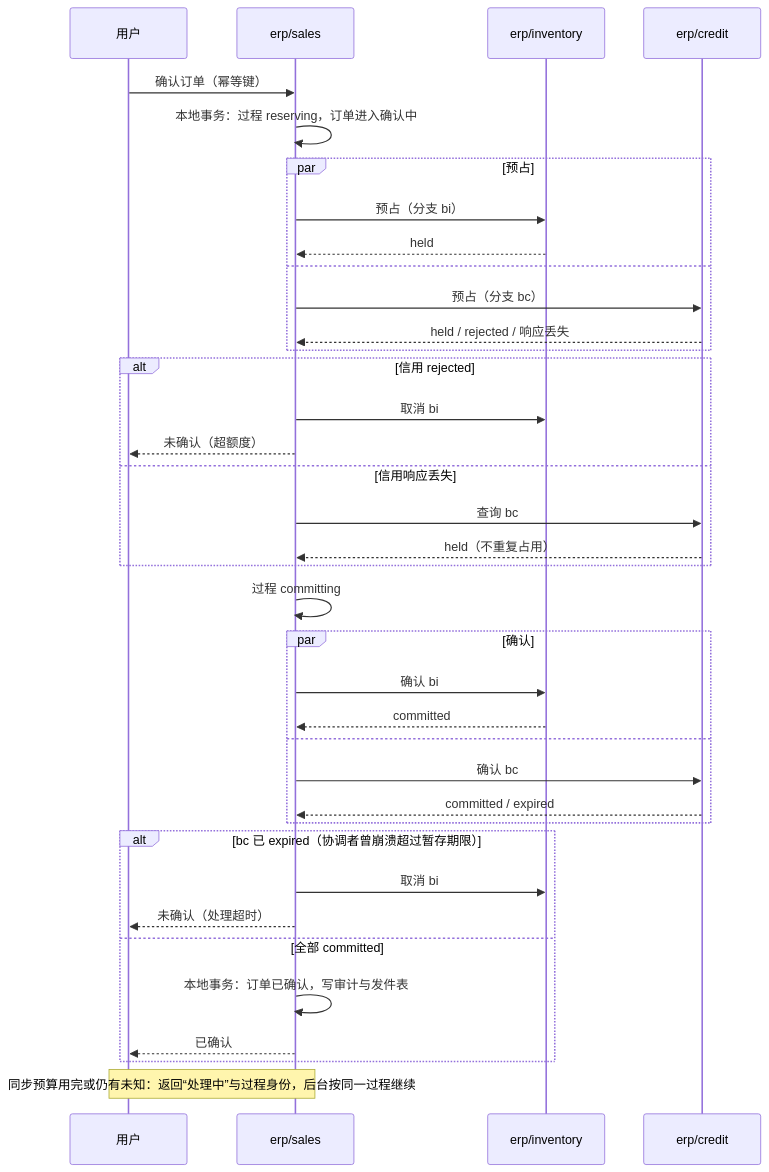
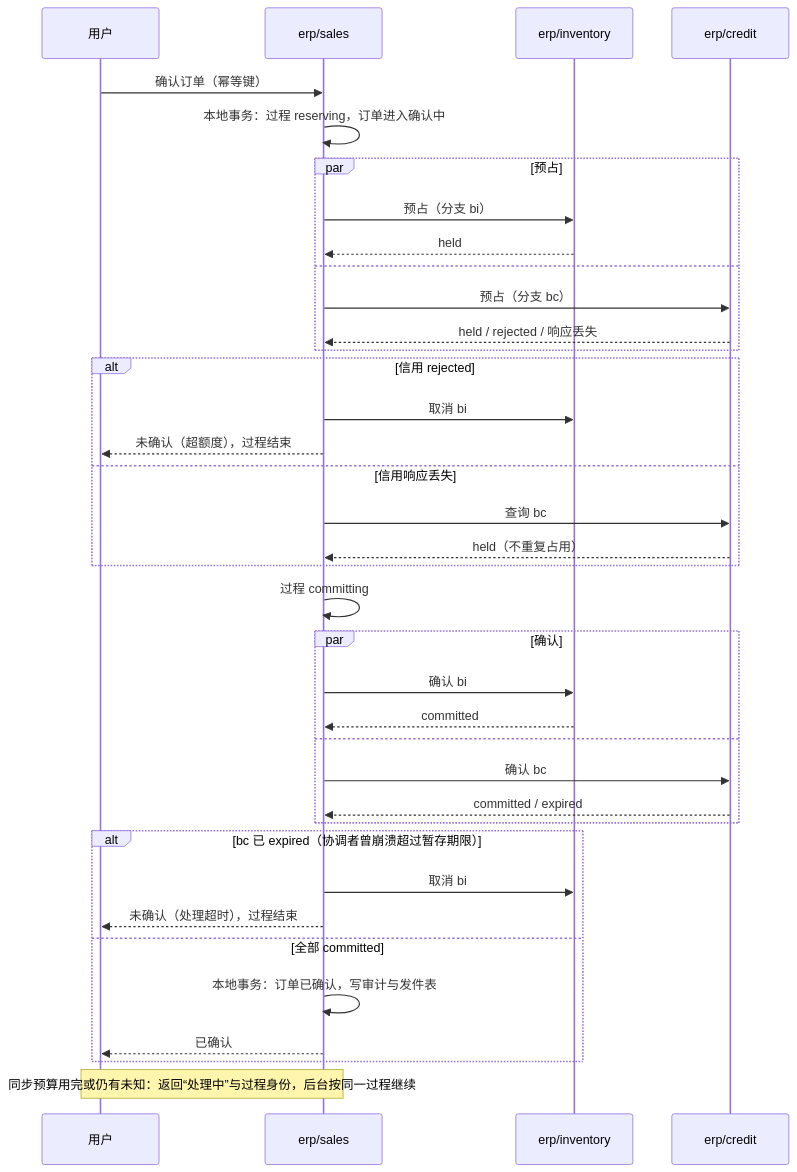
Before and after one commit to brickKit/be-assembly-standard: the diagram in tempDocs/final/06-protocols/04-order-reservation.md, drawn with Mermaid. The commit also changed other lines of this file and 12 other files, not shown here.

````diff
--- a/tempDocs/final/06-protocols/04-order-reservation.md
+++ b/tempDocs/final/06-protocols/04-order-reservation.md
@@ -121,39 +122,39 @@
 ```mermaid
 sequenceDiagram
     participant U as 用户
     participant S as erp/sales
     participant I as erp/inventory
     participant C as erp/credit
     U->>S: 确认订单（幂等键）
     S->>S: 本地事务：过程 reserving，订单进入确认中
     par 预占
         S->>I: 预占（分支 bi）
         I-->>S: held
     and
         S->>C: 预占（分支 bc）
         C-->>S: held / rejected / 响应丢失
     end
     alt 信用 rejected
         S->>I: 取消 bi
-        S-->>U: 未确认（超额度）
+        S-->>U: 未确认（超额度），过程结束
     else 信用响应丢失
         S->>C: 查询 bc
         C-->>S: held（不重复占用）
     end
     S->>S: 过程 committing
     par 确认
         S->>I: 确认 bi
         I-->>S: committed
     and
         S->>C: 确认 bc
         C-->>S: committed / expired
     end
     alt bc 已 expired（协调者曾崩溃超过暂存期限）
         S->>I: 取消 bi
-        S-->>U: 未确认（处理超时）
+        S-->>U: 未确认（处理超时），过程结束
     else 全部 committed
         S->>S: 本地事务：订单已确认，写审计与发件表
         S-->>U: 已确认
     end
     Note over S,U: 同步预算用完或仍有未知：返回“处理中”与过程身份，后台按同一过程继续
 ```
````
